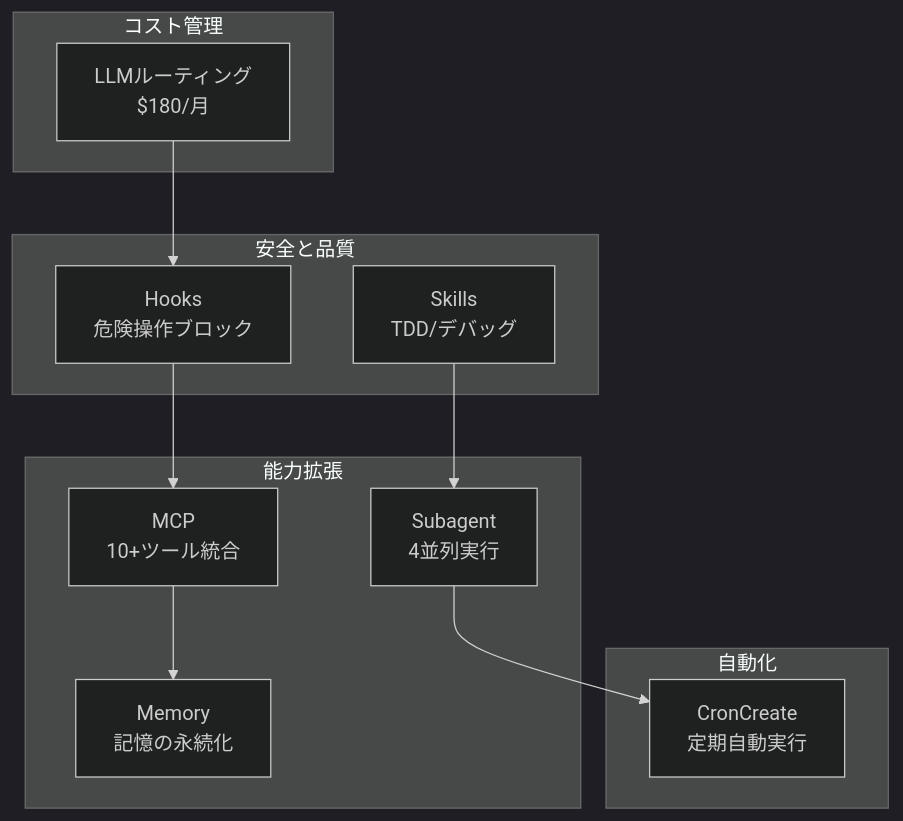
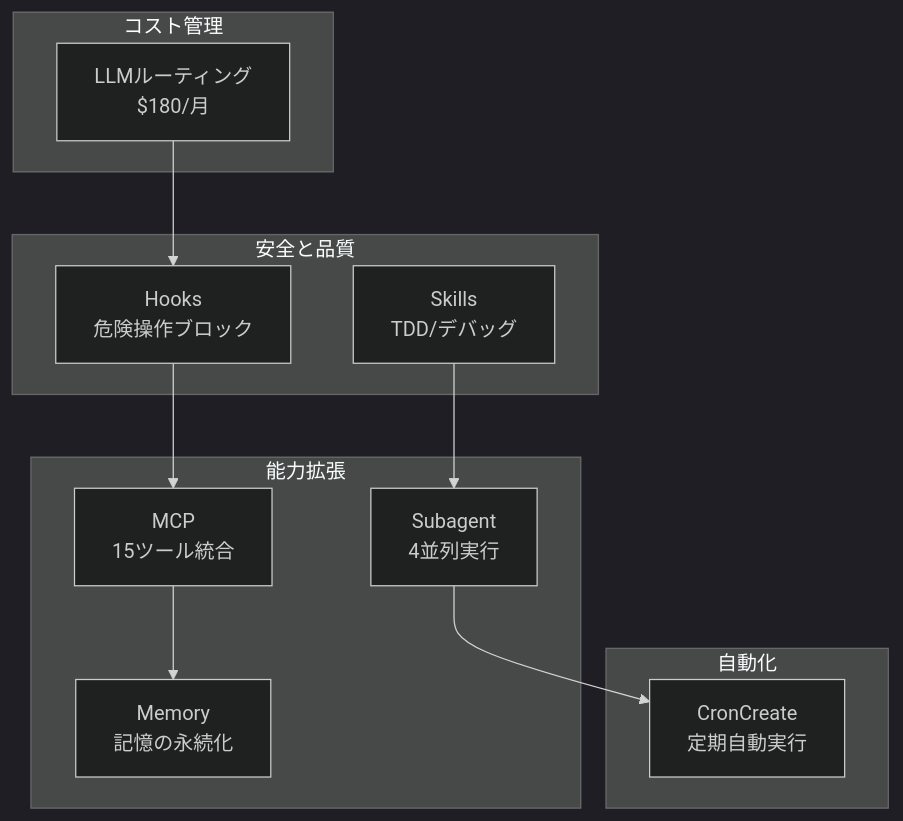
One commit to fukukei23/zenn changed the ninth of 9 diagrams in articles/claude-code-arsenal-7-weapons.md. Above: the diagram before and after it, drawn with Mermaid (dark theme). The commit also changed other lines of this file, not shown here.

````diff
--- a/articles/claude-code-arsenal-7-weapons.md
+++ b/articles/claude-code-arsenal-7-weapons.md
@@ -251,27 +254,27 @@
 ```mermaid
 graph TD
     subgraph コスト管理
         LLM[LLMルーティング<br/>$180/月]
     end
     
     subgraph 安全と品質
         HK[Hooks<br/>危険操作ブロック]
         SK[Skills<br/>TDD/デバッグ]
     end
     
     subgraph 能力拡張
-        MCP2[MCP<br/>10+ツール統合]
+        MCP2[MCP<br/>15ツール統合]
         SUB[Subagent<br/>4並列実行]
         MEM[Memory<br/>記憶の永続化]
     end
     
     subgraph 自動化
         CRON[CronCreate<br/>定期自動実行]
     end
     
     LLM --> HK
     HK --> MCP2
     SK --> SUB
     MCP2 --> MEM
     SUB --> CRON
 ```
````
